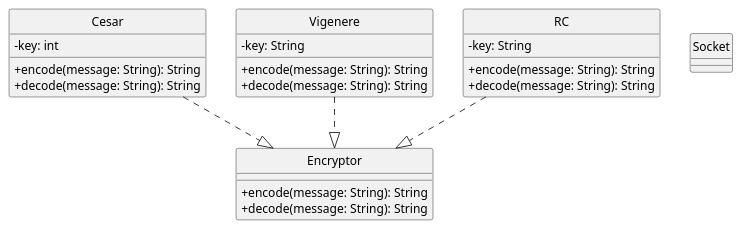
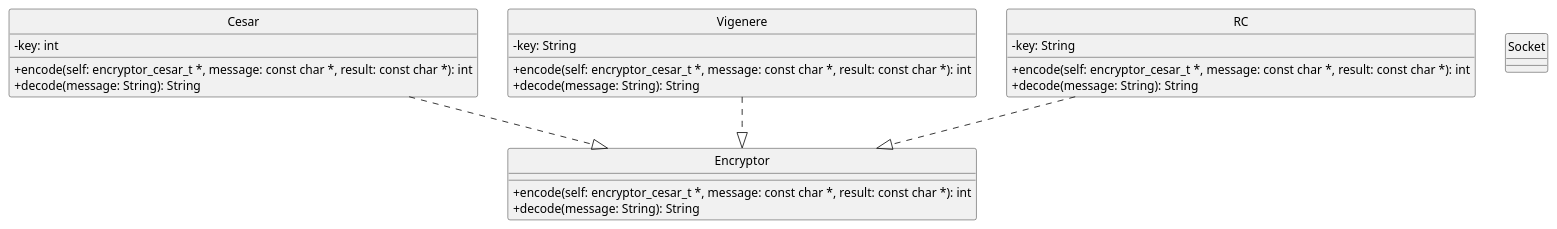
One commit to Alex1161/tp1 changed the diagram in modelo.puml. Above: the diagram before and after it, drawn with PlantUML. The commit also changed 6 other files, not shown here.

```diff
--- a/modelo.puml
+++ b/modelo.puml
@@ -1,37 +1,37 @@
 @startuml
 hide circles
 skinparam ClassAttributeIconSize 0
 hide interface fields
 
 Class Cesar{
     -key: int
-    +encode(message: String): String
+    +encode(self: encryptor_cesar_t *, message: const char *, result: const char *): int
     +decode(message: String): String
 }
 
 Class Vigenere{
     -key: String
-    +encode(message: String): String
+    +encode(self: encryptor_cesar_t *, message: const char *, result: const char *): int
     +decode(message: String): String
 }
 
 Class RC{
     -key: String
-    +encode(message: String): String
+    +encode(self: encryptor_cesar_t *, message: const char *, result: const char *): int
     +decode(message: String): String
 }
 
 Class Encryptor{
-    +encode(message: String): String
+    +encode(self: encryptor_cesar_t *, message: const char *, result: const char *): int
     +decode(message: String): String
 }
 
 Class Socket{
     
 }
 
 Cesar ..|> Encryptor
 Vigenere ..|> Encryptor
 RC ..|> Encryptor
 
 @enduml
```
